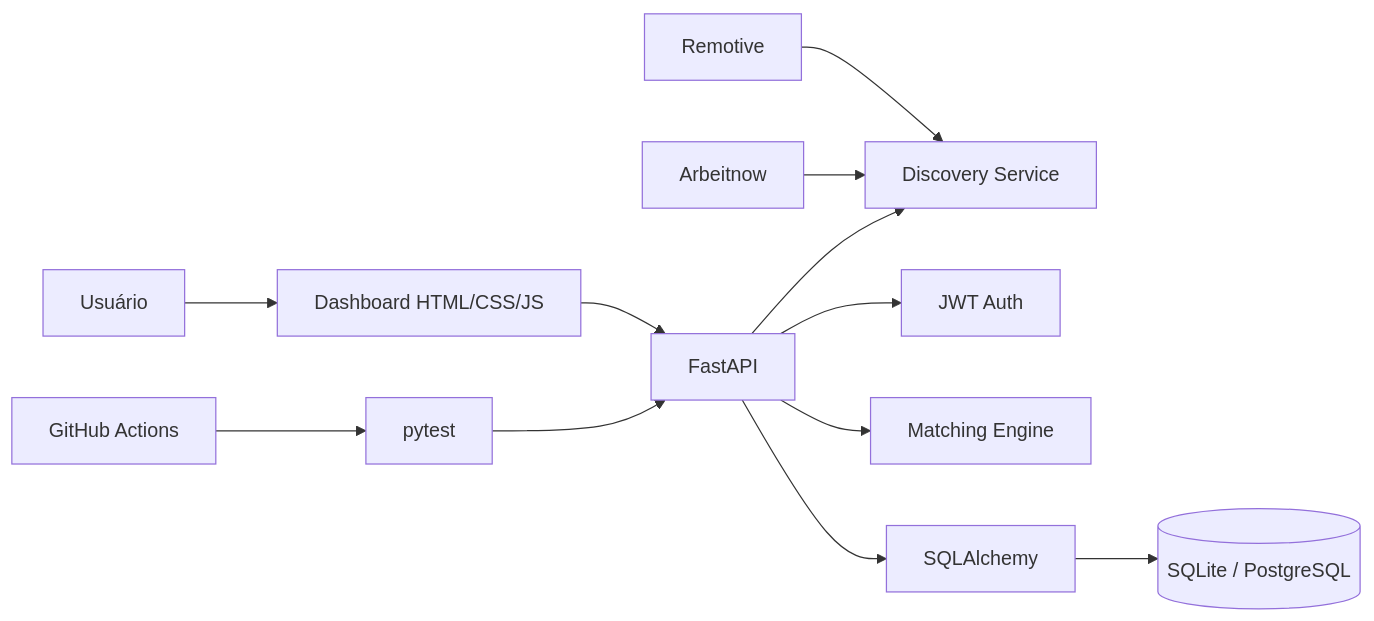
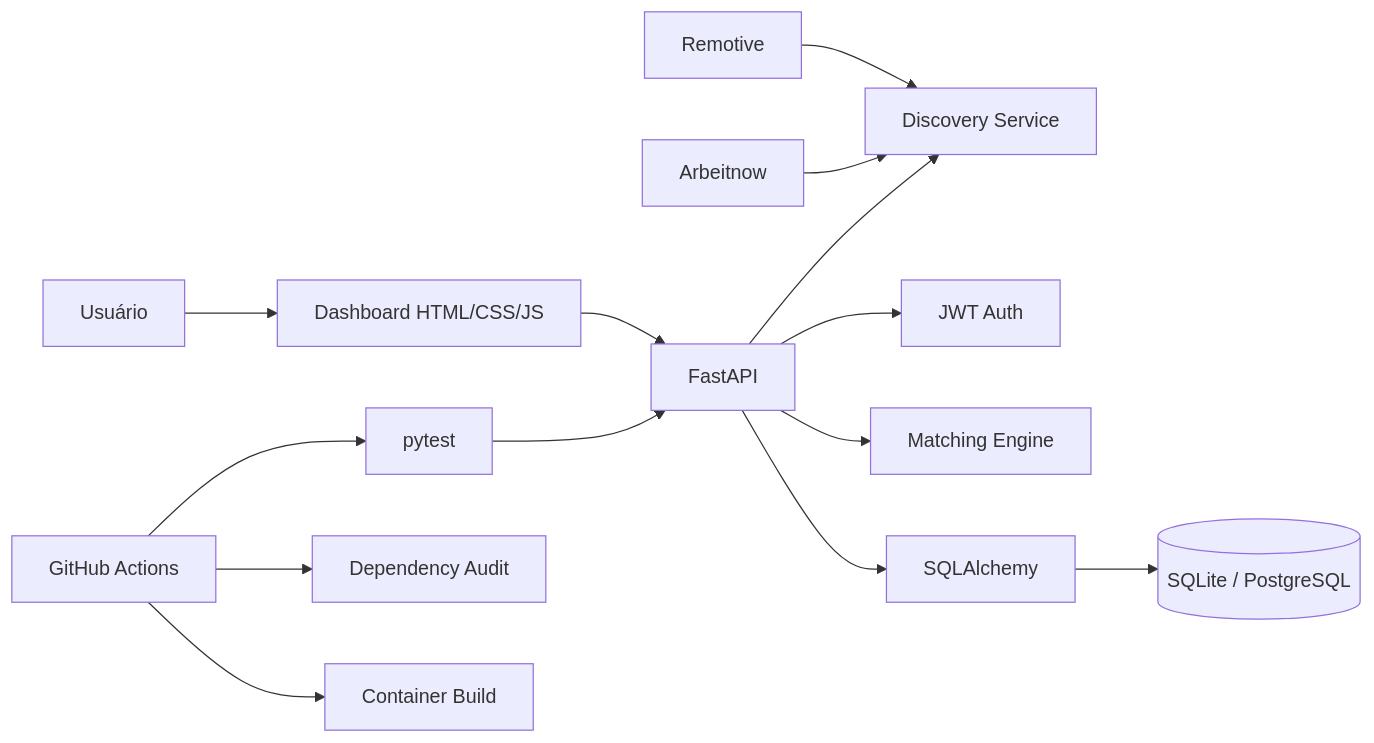
One commit to rodrigo-srf/jobfit-api changed the diagram in README.md. Above: the diagram before and after it, drawn with Mermaid. The commit also changed other lines of this file and 15 other files, not shown here.

````diff
--- a/README.md
+++ b/README.md
@@ -88,14 +92,16 @@
 ```mermaid
 flowchart LR
     R[Remotive] --> D[Discovery Service]
     A[Arbeitnow] --> D
     U[Usuário] --> UI[Dashboard HTML/CSS/JS]
     UI --> API[FastAPI]
     API --> D
     API --> AUTH[JWT Auth]
     API --> MATCH[Matching Engine]
     API --> ORM[SQLAlchemy]
     ORM --> DB[(SQLite / PostgreSQL)]
     CI[GitHub Actions] --> TESTS[pytest]
+    CI --> AUDIT[Dependency Audit]
+    CI --> IMAGE[Container Build]
     TESTS --> API
 ```
````
